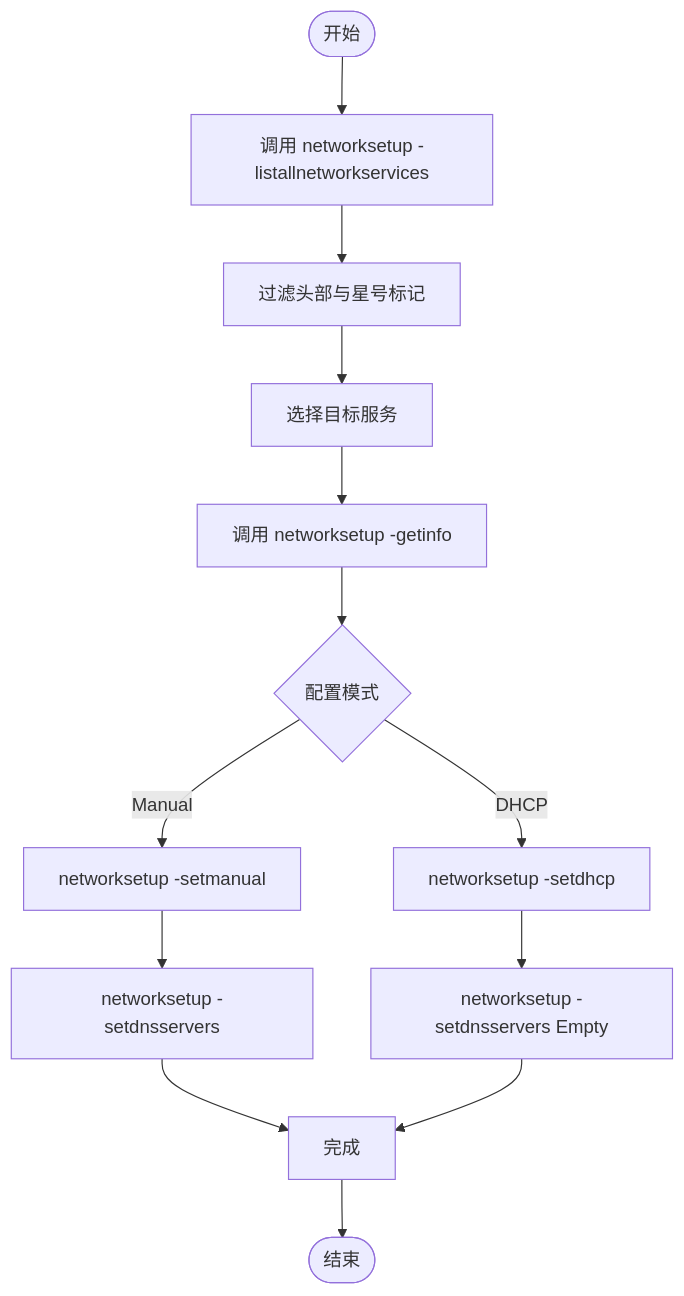
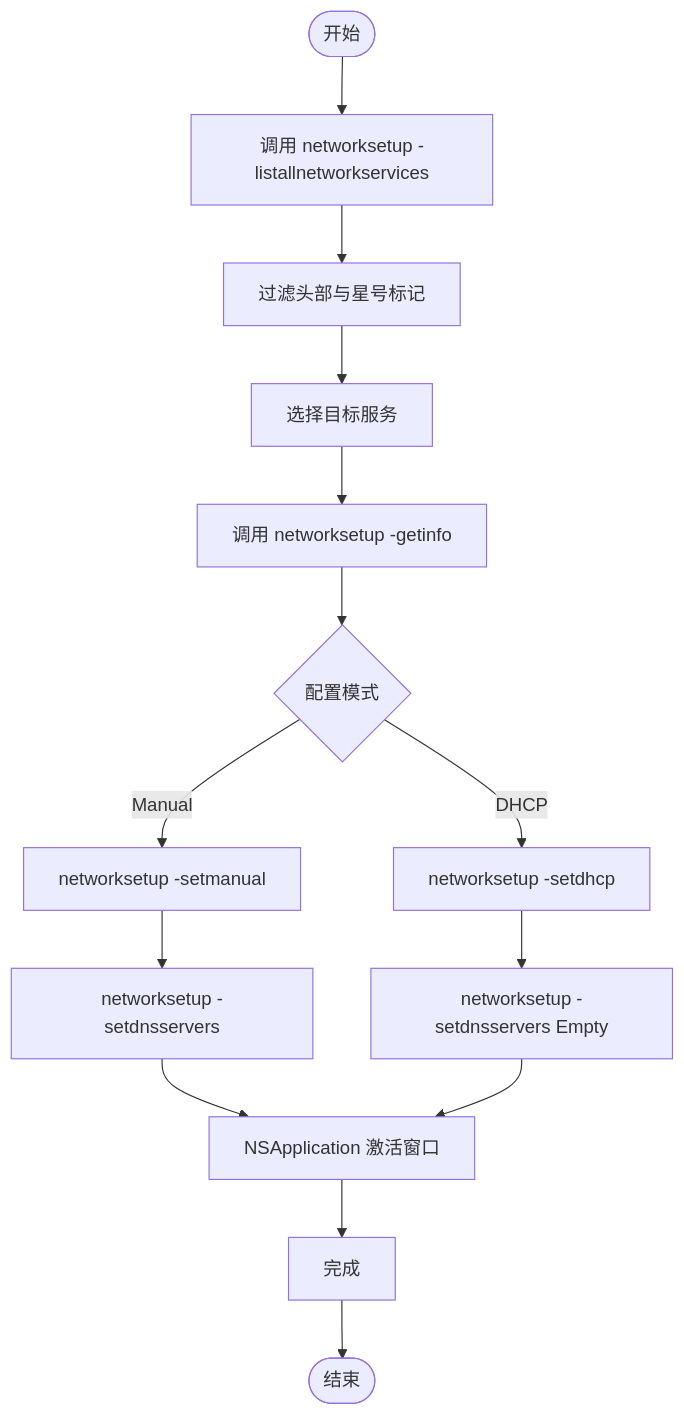
One commit to xdongliang/IPSwitcher changed the fifth of 9 diagrams in .qoder/repowiki/zh/content/后端开发指南/平台集成.md. Above: the diagram before and after it, drawn with Mermaid. The commit also changed other lines of this file and 3 other files, not shown here.

````diff
--- a/.qoder/repowiki/zh/content/后端开发指南/平台集成.md
+++ b/.qoder/repowiki/zh/content/后端开发指南/平台集成.md
@@ -261,15 +297,16 @@
 ```mermaid
 flowchart TD
 Start(["开始"]) --> List["调用 networksetup -listallnetworkservices"]
 List --> Filter["过滤头部与星号标记"]
 Filter --> Select["选择目标服务"]
 Select --> Info["调用 networksetup -getinfo"]
 Info --> Mode{"配置模式"}
 Mode --> |Manual| SetManual["networksetup -setmanual"]
 Mode --> |DHCP| SetDHCP["networksetup -setdhcp"]
 SetManual --> SetDNS["networksetup -setdnsservers"]
 SetDHCP --> ClearDNS["networksetup -setdnsservers Empty"]
-SetDNS --> Done["完成"]
-ClearDNS --> Done
+SetDNS --> Activate["NSApplication 激活窗口"]
+ClearDNS --> Activate
+Activate --> Done["完成"]
 Done --> End(["结束"])
 ```
````
